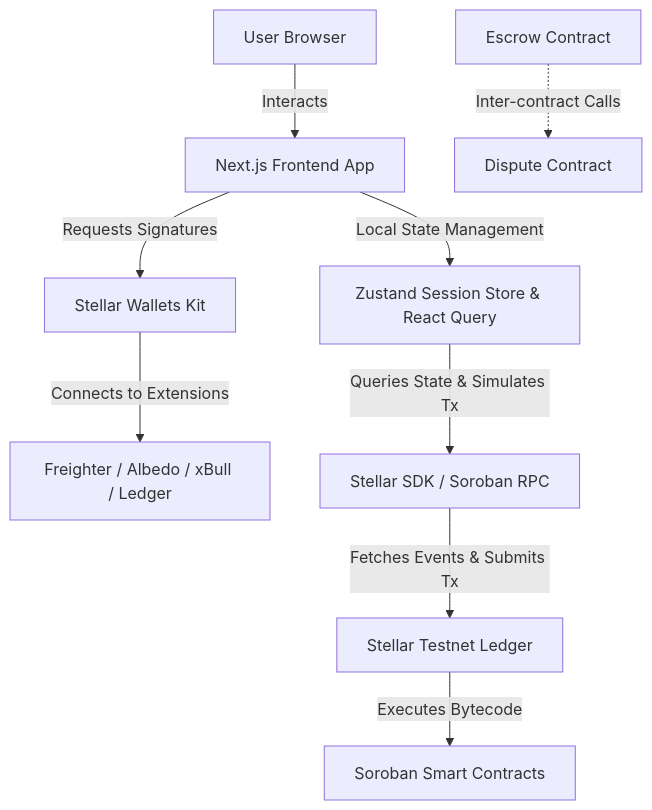
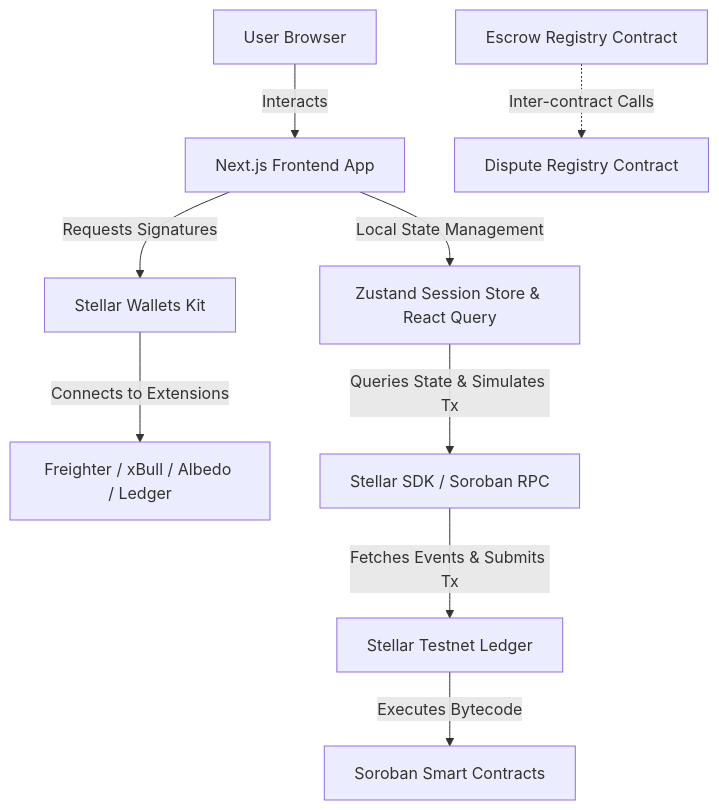
Before and after one commit to aniCtrl/RentSafe: the first of 2 diagrams in README.md, drawn with Mermaid. The commit also changed other lines of this file and 29 other files, not shown here.

Commit message:
feat: implement retry logic for escrow actions and expand dispute resolution testing infrastructure

````diff
--- a/README.md
+++ b/README.md
@@ -12,11 +35,11 @@
 ```mermaid
 graph TD
     A[User Browser] -->|Interacts| B[Next.js Frontend App]
     B -->|Local State Management| C[Zustand Session Store & React Query]
     B -->|Requests Signatures| D[Stellar Wallets Kit]
-    D -->|Connects to Extensions| E[Freighter / Albedo / xBull / Ledger]
+    D -->|Connects to Extensions| E[Freighter / xBull / Albedo / Ledger]
     C -->|Queries State & Simulates Tx| F[Stellar SDK / Soroban RPC]
     F -->|Fetches Events & Submits Tx| G[Stellar Testnet Ledger]
     G -->|Executes Bytecode| H[Soroban Smart Contracts]
-    H1[Escrow Contract] -.->|Inter-contract Calls| H2[Dispute Contract]
+    H1[Escrow Registry Contract] -.->|Inter-contract Calls| H2[Dispute Registry Contract]
 ```
````
